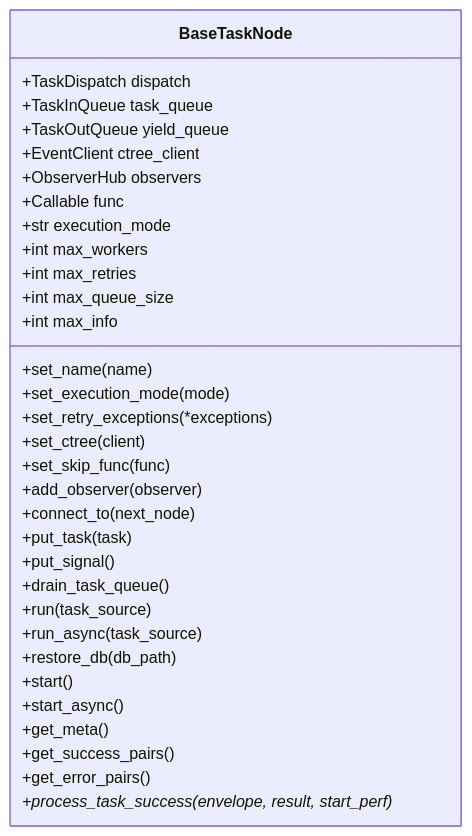
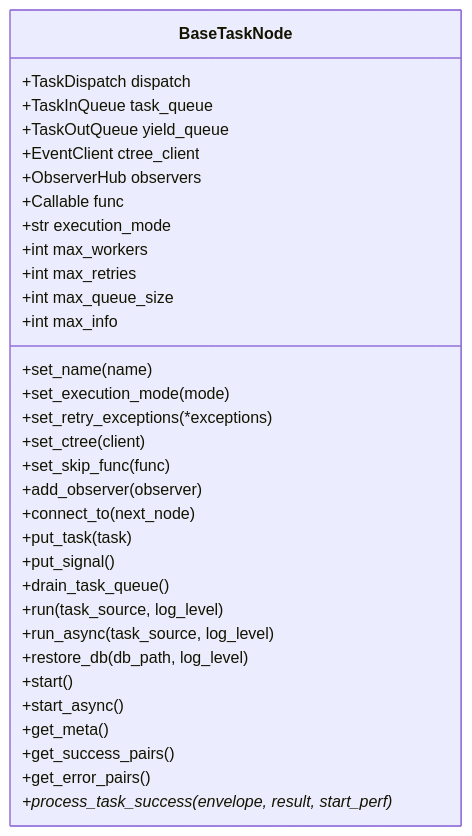
Before and after one commit to Mr-xiaotian/CelestialFlow: the first of 2 diagrams in docs/zh-CN/src/node/core_node.md, drawn with Mermaid. The commit also changed other lines of this file and 79 other files, not shown here.

````diff
--- a/docs/zh-CN/src/node/core_node.md
+++ b/docs/zh-CN/src/node/core_node.md
@@ -33,35 +33,35 @@
 ```mermaid
 classDiagram
     class BaseTaskNode {
         +TaskDispatch dispatch
         +TaskInQueue task_queue
         +TaskOutQueue yield_queue
         +EventClient ctree_client
         +ObserverHub observers
         +Callable func
         +str execution_mode
         +int max_workers
         +int max_retries
         +int max_queue_size
         +int max_info
         +set_name(name)
         +set_execution_mode(mode)
         +set_retry_exceptions(*exceptions)
         +set_ctree(client)
         +set_skip_func(func)
         +add_observer(observer)
         +connect_to(next_node)
         +put_task(task)
         +put_signal()
         +drain_task_queue()
-        +run(task_source)
-        +run_async(task_source)
-        +restore_db(db_path)
+        +run(task_source, log_level)
+        +run_async(task_source, log_level)
+        +restore_db(db_path, log_level)
         +start()
         +start_async()
         +get_meta()
         +get_success_pairs()
         +get_error_pairs()
         +process_task_success(envelope, result, start_perf)*
     }
 ```
````
